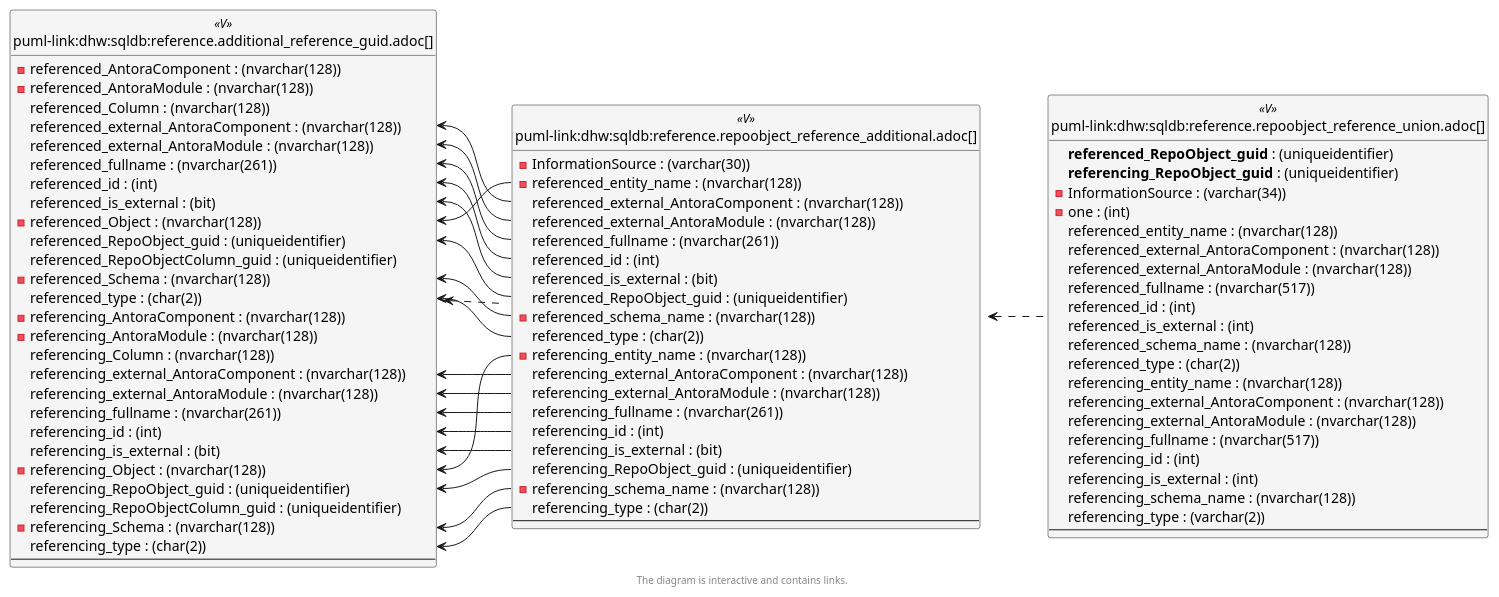
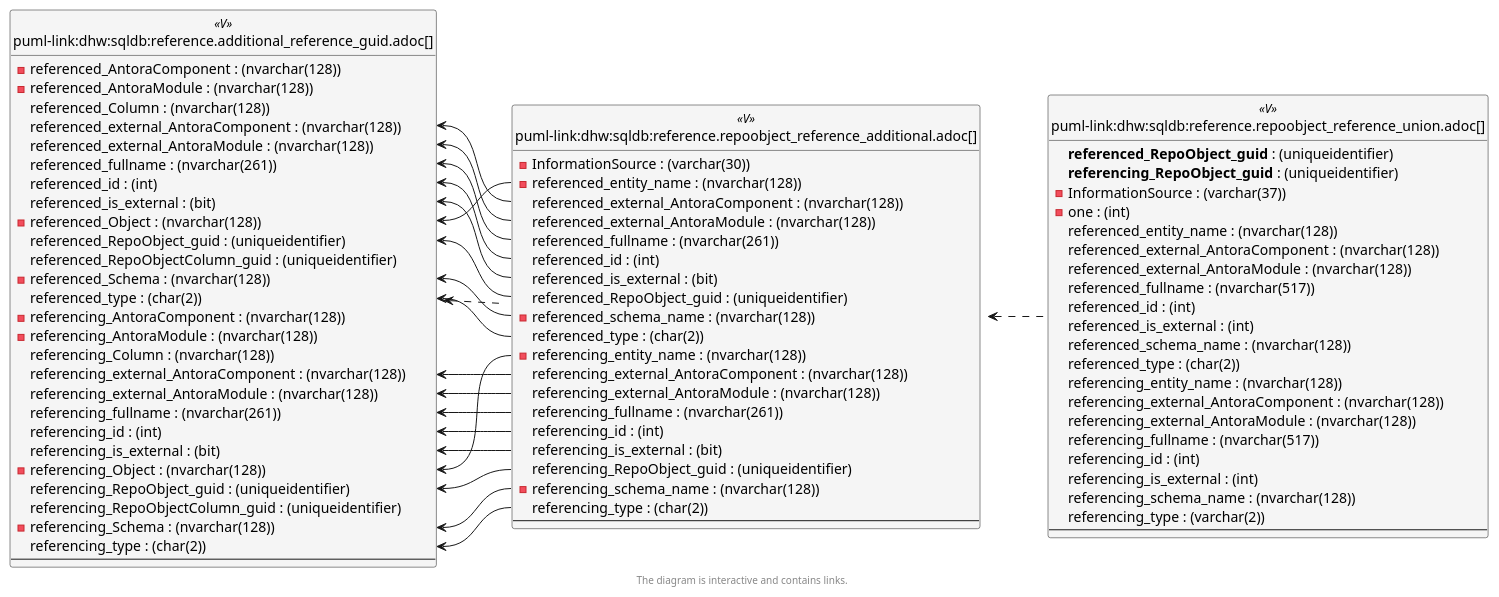
The sixth of 6 diagrams in docs/modules/sqldb/partials/content/reference.repoobject_reference_additional.adoc (DataHandwerk/dhw-antora-sqldb), drawn with PlantUML before and after one commit. The commit also changed other lines of this file and 751 other files, not shown here.

```diff
--- a/docs/modules/sqldb/partials/content/reference.repoobject_reference_additional.adoc
+++ b/docs/modules/sqldb/partials/content/reference.repoobject_reference_additional.adoc
@@ -2780,7 +2781,7 @@
 entity "puml-link:dhw:sqldb:reference.repoobject_reference_union.adoc[]" as reference.RepoObject_reference_union << V >> {
   **referenced_RepoObject_guid** : (uniqueidentifier)
   **referencing_RepoObject_guid** : (uniqueidentifier)
-  - InformationSource : (varchar(34))
+  - InformationSource : (varchar(37))
   - one : (int)
   referenced_entity_name : (nvarchar(128))
   referenced_external_AntoraComponent : (nvarchar(128))
```
